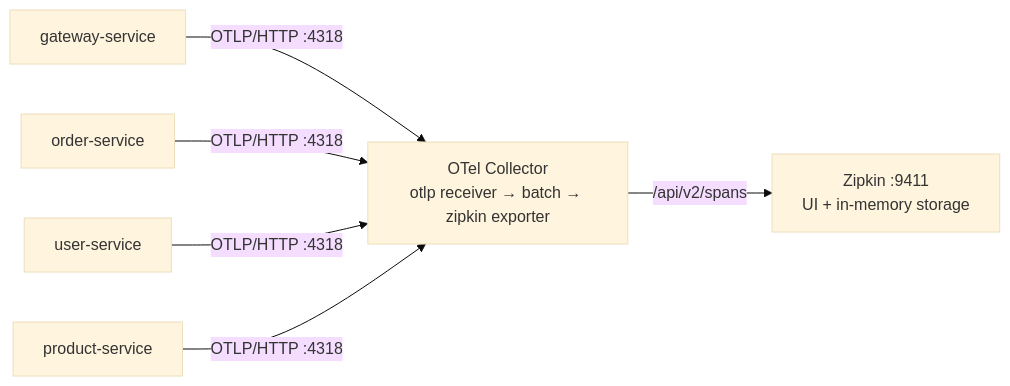
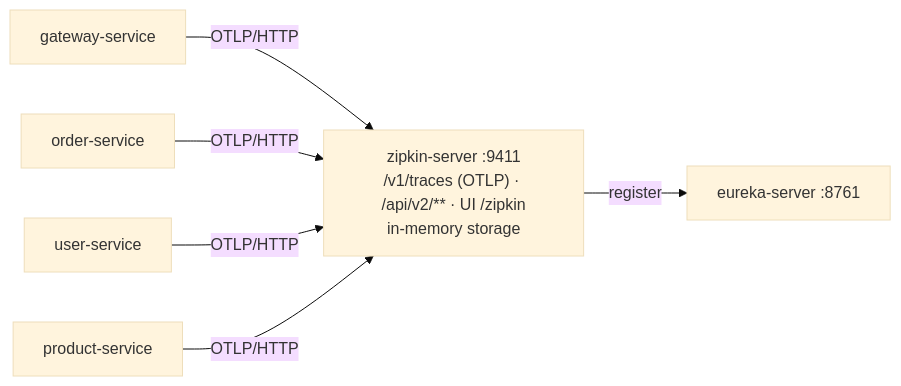
Before and after one commit to himnay/learning-service-discovery: the diagram in zipkin-server/README.md, drawn with Mermaid (base theme). The commit also changed other lines of this file and 30 other files, not shown here.

````diff
--- a/zipkin-server/README.md
+++ b/zipkin-server/README.md
@@ -9,8 +9,8 @@
 ```mermaid
 flowchart LR
-    GW["gateway-service"] -- "OTLP/HTTP :4318" --> COL
-    ORD["order-service"] -- "OTLP/HTTP :4318" --> COL
-    USR["user-service"] -- "OTLP/HTTP :4318" --> COL
-    PRD["product-service"] -- "OTLP/HTTP :4318" --> COL
-    COL["OTel Collector<br/>otlp receiver → batch → zipkin exporter"] -- "/api/v2/spans" --> ZIP["Zipkin :9411<br/>UI + in-memory storage"]
+    GW["gateway-service"] -- "OTLP/HTTP" --> ZIP
+    ORD["order-service"] -- "OTLP/HTTP" --> ZIP
+    USR["user-service"] -- "OTLP/HTTP" --> ZIP
+    PRD["product-service"] -- "OTLP/HTTP" --> ZIP
+    ZIP["zipkin-server :9411<br/>/v1/traces (OTLP) · /api/v2/** · UI /zipkin<br/>in-memory storage"] -- "register" --> EUR["eureka-server :8761"]
 ```
````
